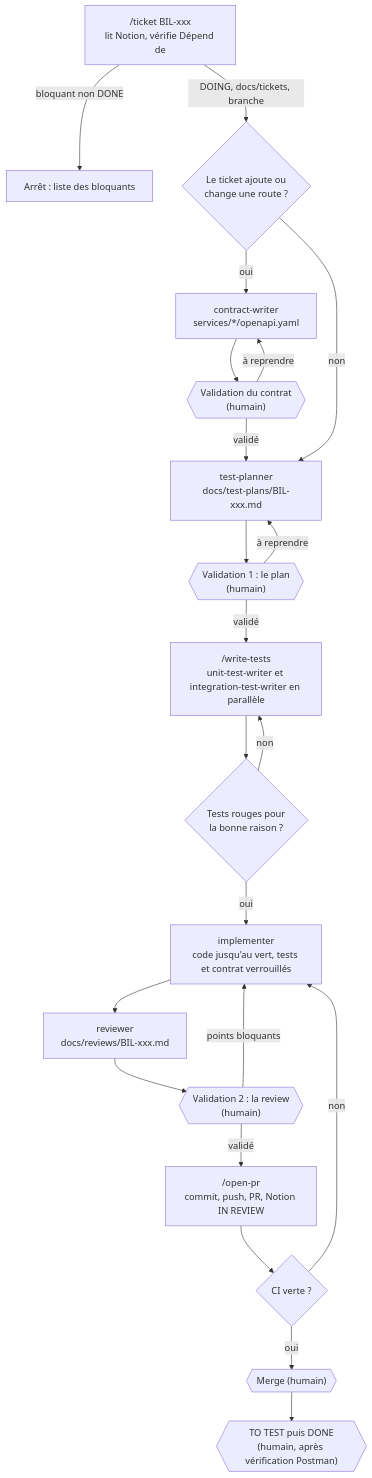
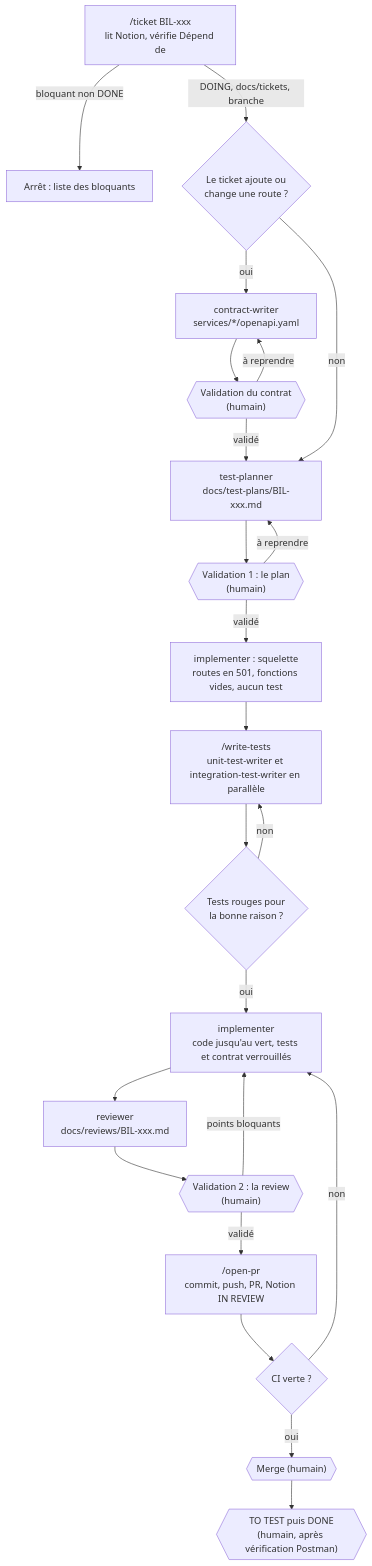
Before and after one commit to AGNE-Moussa/billetterie: the diagram in docs/workflow.md, drawn with Mermaid. The commit also changed other lines of this file and 9 other files, not shown here.

First line of the commit message:
chore(claude): ajouter les agents unit-test-writer et integration-test-writer (BIL-F21)

````diff
--- a/docs/workflow.md
+++ b/docs/workflow.md
@@ -114,24 +114,25 @@
 ```mermaid
 flowchart TD
   A["/ticket BIL-xxx<br/>lit Notion, vérifie Dépend de"] -->|bloquant non DONE| STOP[Arrêt : liste des bloquants]
   A -->|"DOING, docs/tickets, branche"| C{Le ticket ajoute ou<br/>change une route ?}
   C -->|oui| CW[contract-writer<br/>services/*/openapi.yaml]
   CW --> VC{{"Validation du contrat<br/>(humain)"}}
   VC -->|à reprendre| CW
   VC -->|validé| TP
   C -->|non| TP[test-planner<br/>docs/test-plans/BIL-xxx.md]
   TP --> V1{{"Validation 1 : le plan<br/>(humain)"}}
   V1 -->|à reprendre| TP
-  V1 -->|validé| WT["/write-tests<br/>unit-test-writer et integration-test-writer en parallèle"]
+  V1 -->|validé| SQ["implementer : squelette<br/>routes en 501, fonctions vides, aucun test"]
+  SQ --> WT["/write-tests<br/>unit-test-writer et integration-test-writer en parallèle"]
   WT --> R{Tests rouges pour<br/>la bonne raison ?}
   R -->|non| WT
   R -->|oui| IM[implementer<br/>code jusqu'au vert, tests et contrat verrouillés]
   IM --> RV[reviewer<br/>docs/reviews/BIL-xxx.md]
   RV --> V2{{"Validation 2 : la review<br/>(humain)"}}
   V2 -->|points bloquants| IM
   V2 -->|validé| PR["/open-pr<br/>commit, push, PR, Notion IN REVIEW"]
   PR --> CI{CI verte ?}
   CI -->|non| IM
   CI -->|oui| M{{"Merge (humain)"}}
   M --> TT{{"TO TEST puis DONE<br/>(humain, après vérification Postman)"}}
 ```
````
